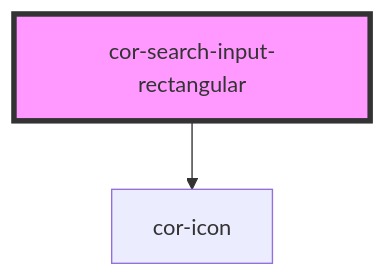
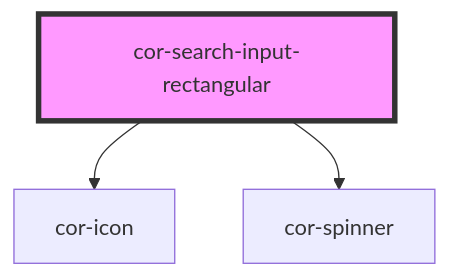
The diagram in src/components/cor-search-input-rectangular/readme.md (egov-moldova/design-system), drawn with Mermaid before and after one commit. The commit also changed other lines of this file and 20 other files, not shown here.

````diff
--- a/src/components/cor-search-input-rectangular/readme.md
+++ b/src/components/cor-search-input-rectangular/readme.md
@@ -91,5 +104,6 @@
 ```mermaid
 graph TD;
   cor-search-input-rectangular --> cor-icon
+  cor-search-input-rectangular --> cor-spinner
   style cor-search-input-rectangular fill:#f9f,stroke:#333,stroke-width:4px
 ```
````
